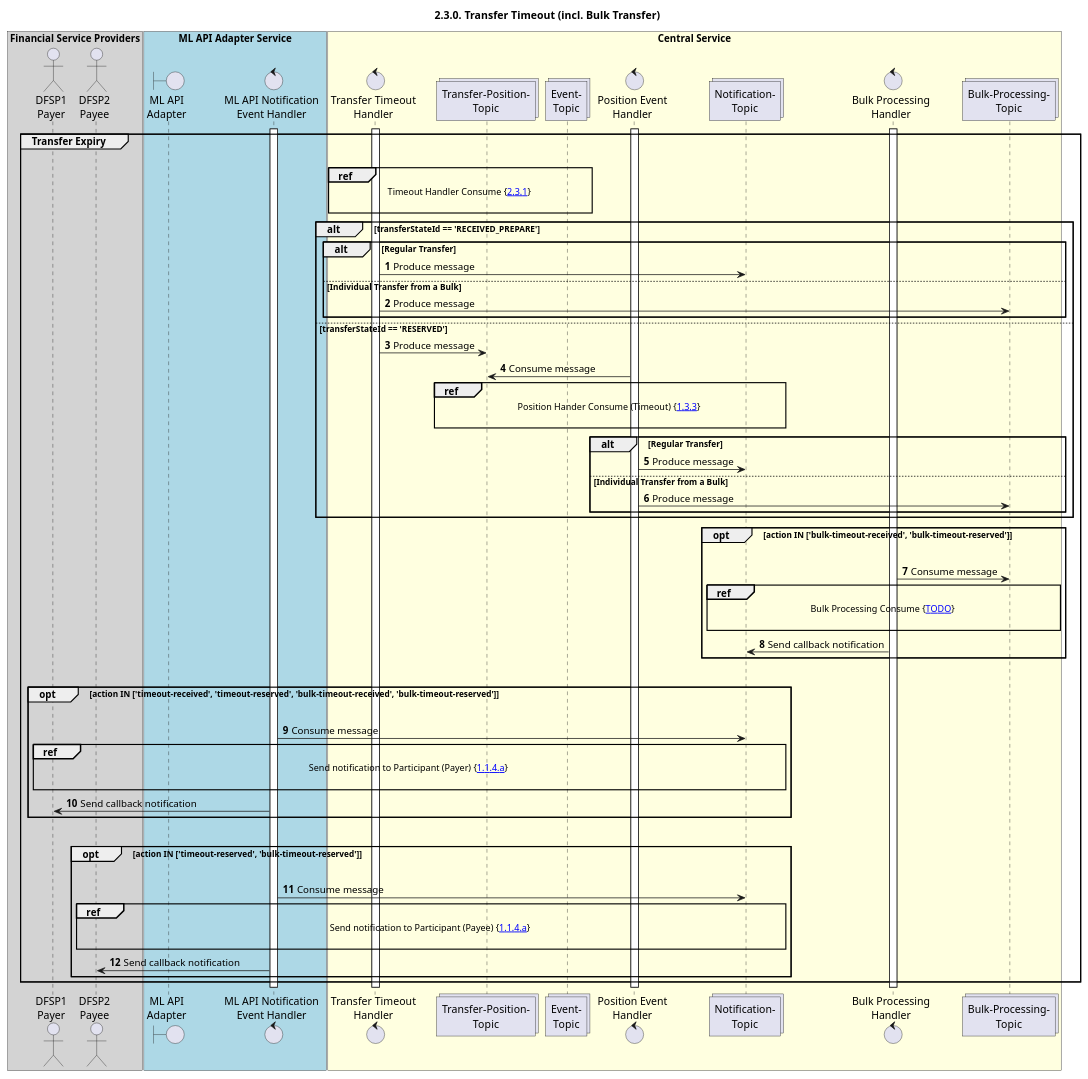
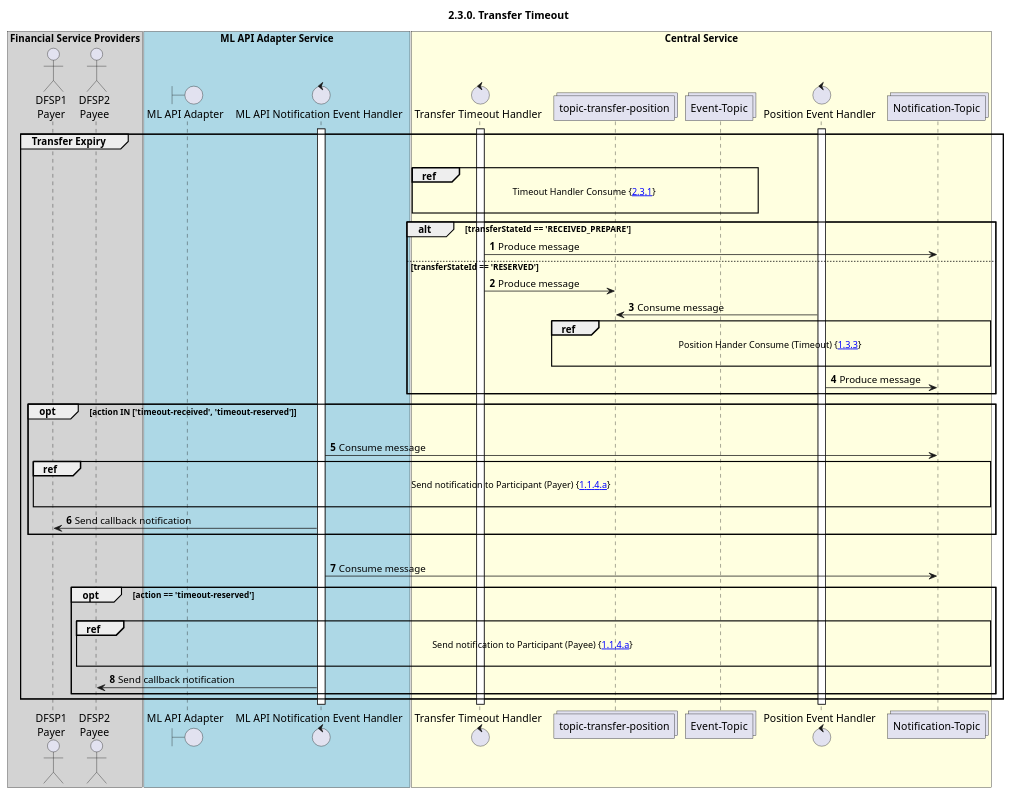
The diagram in mojaloop-technical-overview/central-ledger/assets/diagrams/sequence/seq-timeout-2.3.0.plantuml (mojaloop/documentation), drawn with PlantUML before and after one commit. The commit also changed 1 other file, not shown here.

Commit message:
Reverting back again seq-timeout @ central-ledger

```diff
--- a/mojaloop-technical-overview/central-ledger/assets/diagrams/sequence/seq-timeout-2.3.0.plantuml
+++ b/mojaloop-technical-overview/central-ledger/assets/diagrams/sequence/seq-timeout-2.3.0.plantuml
@@ -25,96 +25,75 @@
 @startuml
 ' declate title
-title 2.3.0. Transfer Timeout (incl. Bulk Transfer)
+title 2.3.0. Transfer Timeout
 
 autonumber
 
 ' Actor Keys:
 '   boundary - APIs/Interfaces, etc
 '   collections - Kafka Topics
 '   control - Kafka Consumers
 '   entity - Database Access Objects
 '   database - Database Persistance Store
 
 ' declare actors
 actor "DFSP1\nPayer" as DFSP1
 actor "DFSP2\nPayee" as DFSP2
-boundary "ML API\nAdapter" as MLAPI
-control "ML API Notification\nEvent Handler" as NOTIFY_HANDLER
-control "Transfer Timeout\nHandler" as EXP_HANDLER
-collections "Transfer-Position-\nTopic" as TOPIC_TRANSFER_POSITION
-control "Position Event\nHandler" as POS_HANDLER
-control "Bulk Processing\nHandler" as BULK_PROCESSING_HANDLER
-collections "Notification-\nTopic" as TOPIC_NOTIFICATIONS
-collections "Event-\nTopic" as TOPIC_EVENT
-collections "Bulk-Processing-\nTopic" as BULK_PROCESSING_TOPIC
+boundary "ML API Adapter" as MLAPI
+control "ML API Notification Event Handler" as NOTIFY_HANDLER
+control "Transfer Timeout Handler" as EXP_HANDLER
+collections "topic-transfer-position" as TOPIC_TRANSFER_POSITION
+control "Position Event Handler" as POS_HANDLER
+collections "Notification-Topic" as TOPIC_NOTIFICATIONS
+collections "Event-Topic" as TOPIC_EVENT
 
 box "Financial Service Providers" #lightGray
 	participant DFSP1
 	participant DFSP2
 end box
 
 box "ML API Adapter Service" #LightBlue
 	participant MLAPI
 	participant NOTIFY_HANDLER
 end box
 
 box "Central Service" #LightYellow
     participant EXP_HANDLER
     participant TOPIC_TRANSFER_POSITION
     participant TOPIC_EVENT
     participant POS_HANDLER
     participant TOPIC_NOTIFICATIONS
-    participant BULK_PROCESSING_HANDLER
-    participant BULK_PROCESSING_TOPIC
 end box
 
 ' start flow
 activate NOTIFY_HANDLER
 activate EXP_HANDLER
 activate POS_HANDLER
-activate BULK_PROCESSING_HANDLER
 group Transfer Expiry
     |||
     ref over EXP_HANDLER, TOPIC_EVENT :  Timeout Handler Consume {[[https://github.com/mojaloop/docs/blob/master/Diagrams/SequenceDiagrams/seq-timeout-2.3.1.svg 2.3.1]]} \n
     alt transferStateId == 'RECEIVED_PREPARE'
-        alt Regular Transfer
-            EXP_HANDLER -> TOPIC_NOTIFICATIONS: Produce message
-        else Individual Transfer from a Bulk
-            EXP_HANDLER -> BULK_PROCESSING_TOPIC: Produce message
-        end
+        EXP_HANDLER -> TOPIC_NOTIFICATIONS: Produce message
     else transferStateId == 'RESERVED'
         EXP_HANDLER -> TOPIC_TRANSFER_POSITION: Produce message
         TOPIC_TRANSFER_POSITION <- POS_HANDLER: Consume message
         ref over TOPIC_TRANSFER_POSITION, TOPIC_NOTIFICATIONS :  Position Hander Consume (Timeout) {[[https://github.com/mojaloop/docs/blob/master/Diagrams/SequenceDiagrams/seq-position-1.3.3-abort.svg 1.3.3]]} \n
-        alt Regular Transfer
-            POS_HANDLER -> TOPIC_NOTIFICATIONS: Produce message
-        else Individual Transfer from a Bulk
-            POS_HANDLER -> BULK_PROCESSING_TOPIC: Produce message
-        end
+        POS_HANDLER -> TOPIC_NOTIFICATIONS: Produce message
     end
-    opt action IN ['bulk-timeout-received', 'bulk-timeout-reserved']
-        |||
-        BULK_PROCESSING_TOPIC <- BULK_PROCESSING_HANDLER: Consume message
-        ref over TOPIC_NOTIFICATIONS, BULK_PROCESSING_TOPIC : Bulk Processing Consume {[[http://url-of-bulk-processing-sequence TODO]]} \n
-        BULK_PROCESSING_HANDLER -> TOPIC_NOTIFICATIONS: Send callback notification
-    end
-    |||
-    opt action IN ['timeout-received', 'timeout-reserved', 'bulk-timeout-received', 'bulk-timeout-reserved']
+    opt action IN ['timeout-received', 'timeout-reserved']
         |||
         TOPIC_NOTIFICATIONS <- NOTIFY_HANDLER: Consume message
         ref over DFSP1, TOPIC_NOTIFICATIONS : Send notification to Participant (Payer) {[[https://github.com/mojaloop/docs/blob/master/Diagrams/SequenceDiagrams/seq-prepare-1.1.4.a.svg 1.1.4.a]]} \n
         NOTIFY_HANDLER -> DFSP1: Send callback notification
     end
     |||
-    opt action IN ['timeout-reserved', 'bulk-timeout-reserved']
+    TOPIC_NOTIFICATIONS <- NOTIFY_HANDLER: Consume message
+    opt action == 'timeout-reserved'
         |||
-        TOPIC_NOTIFICATIONS <- NOTIFY_HANDLER: Consume message
         ref over DFSP2, TOPIC_NOTIFICATIONS : Send notification to Participant (Payee) {[[https://github.com/mojaloop/docs/blob/master/Diagrams/SequenceDiagrams/seq-prepare-1.1.4.a.svg 1.1.4.a]]} \n
         NOTIFY_HANDLER -> DFSP2: Send callback notification
     end
 end
-deactivate BULK_PROCESSING_HANDLER
 deactivate POS_HANDLER
 deactivate EXP_HANDLER
 deactivate NOTIFY_HANDLER
 @enduml
```
